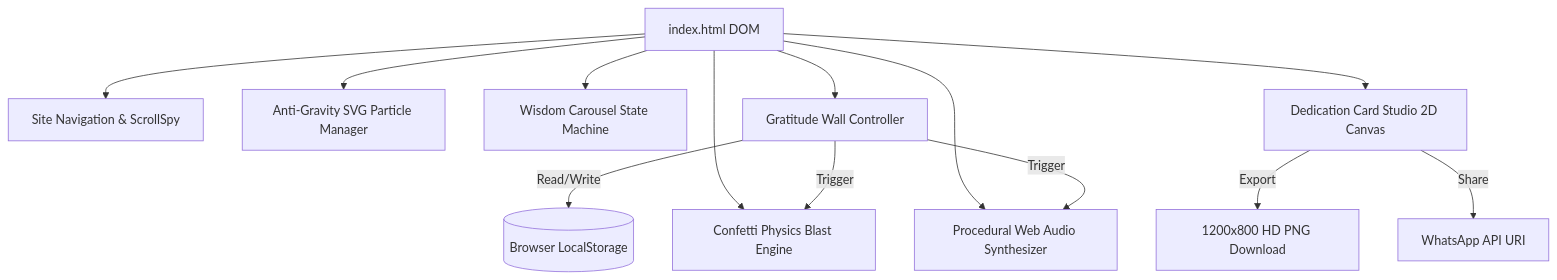
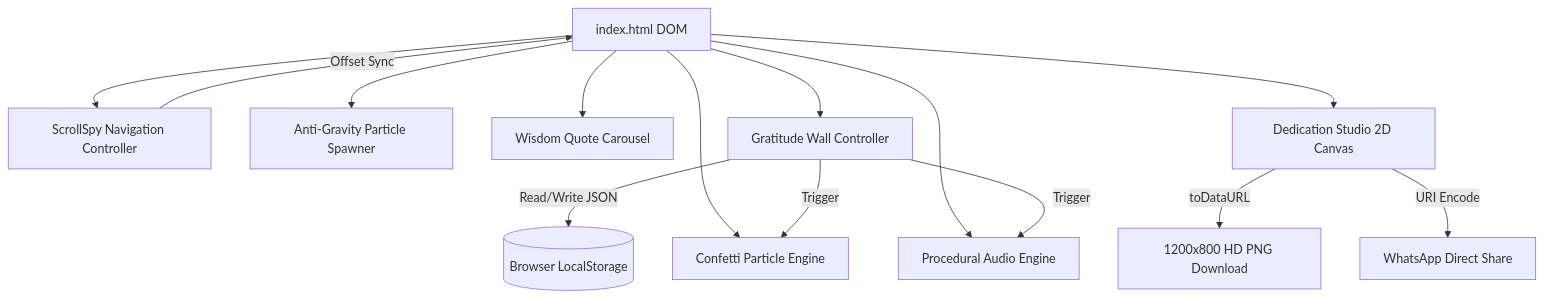
The first of 2 diagrams in GEMINI.md (CivicStatic/TeachersDay2026), drawn with Mermaid before and after one commit. The commit also changed other lines of this file and 1 other file, not shown here.

````diff
--- a/GEMINI.md
+++ b/GEMINI.md
@@ -135,16 +149,17 @@
 ```mermaid
 graph TD
-    A[index.html DOM] --> B[Site Navigation & ScrollSpy]
-    A --> C[Anti-Gravity SVG Particle Manager]
-    A --> D[Wisdom Carousel State Machine]
+    A[index.html DOM] --> B[ScrollSpy Navigation Controller]
+    A --> C[Anti-Gravity Particle Spawner]
+    A --> D[Wisdom Quote Carousel]
     A --> E[Gratitude Wall Controller]
-    A --> F[Dedication Card Studio 2D Canvas]
-    A --> G[Procedural Web Audio Synthesizer]
-    A --> H[Confetti Physics Blast Engine]
+    A --> F[Dedication Studio 2D Canvas]
+    A --> G[Procedural Audio Engine]
+    A --> H[Confetti Particle Engine]
 
-    E -->|Read/Write| LS[(Browser LocalStorage)]
+    B -->|Offset Sync| A
+    E -->|Read/Write JSON| LS[(Browser LocalStorage)]
     E -->|Trigger| H
     E -->|Trigger| G
-    F -->|Export| PNG[1200x800 HD PNG Download]
-    F -->|Share| WA[WhatsApp API URI]
+    F -->|toDataURL| PNG[1200x800 HD PNG Download]
+    F -->|URI Encode| WA[WhatsApp Direct Share]
 ```
````
